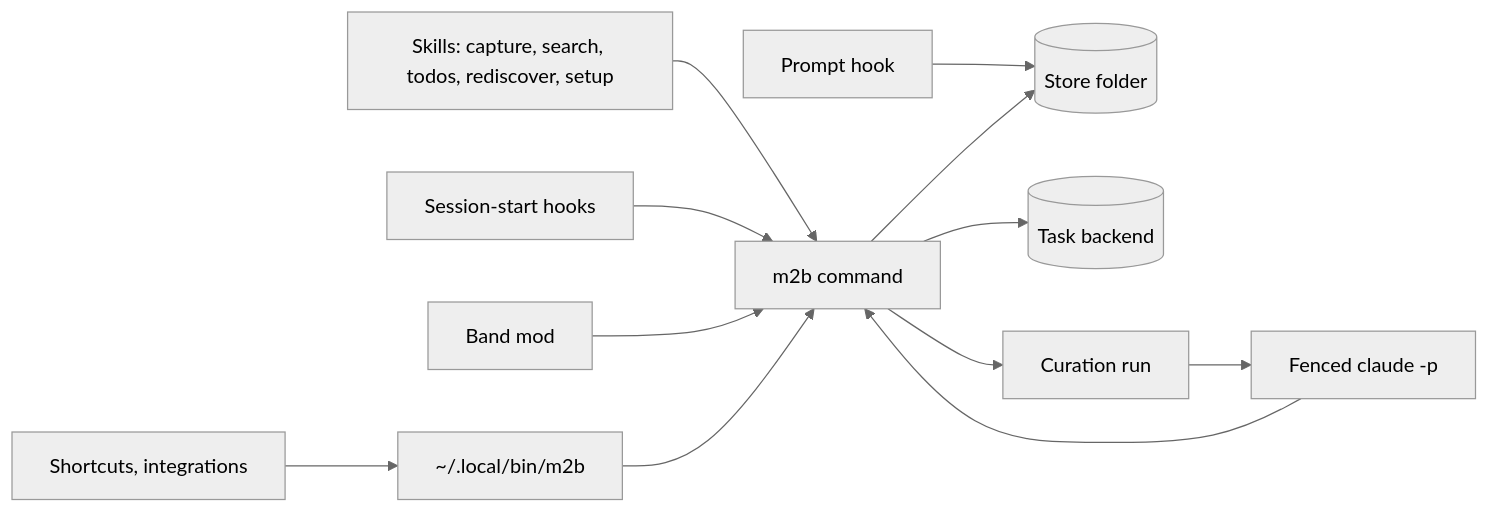
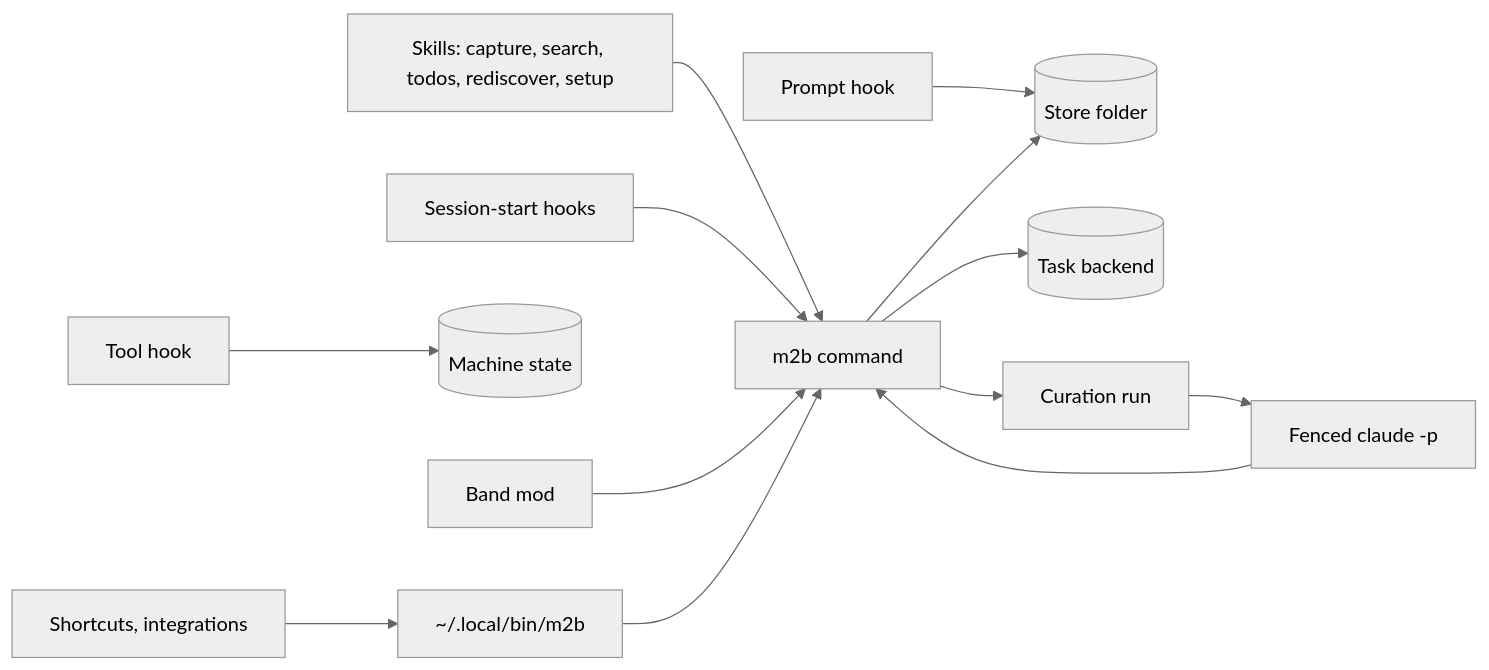
The diagram in docs/architecture.md (Kolibee-GmbH/m2b), drawn with Mermaid (neutral theme) before and after one commit. The commit also changed other lines of this file and 136 other files, not shown here.

````diff
--- a/docs/architecture.md
+++ b/docs/architecture.md
@@ -16,12 +16,13 @@
 ```mermaid
 flowchart LR
   skills[Skills: capture, search, todos, rediscover, setup] --> cli[m2b command]
   hooks[Session-start hooks] --> cli
   prompt[Prompt hook] --> store
+  tool[Tool hook] --> state[(Machine state)]
   band[Band mod] --> cli
   outside[Shortcuts, integrations] --> launcher["~/.local/bin/m2b"] --> cli
   cli --> store[(Store folder)]
   cli --> tasks[(Task backend)]
   cli --> runner[Curation run]
   runner --> fenced[Fenced claude -p] --> cli
 ```
````
